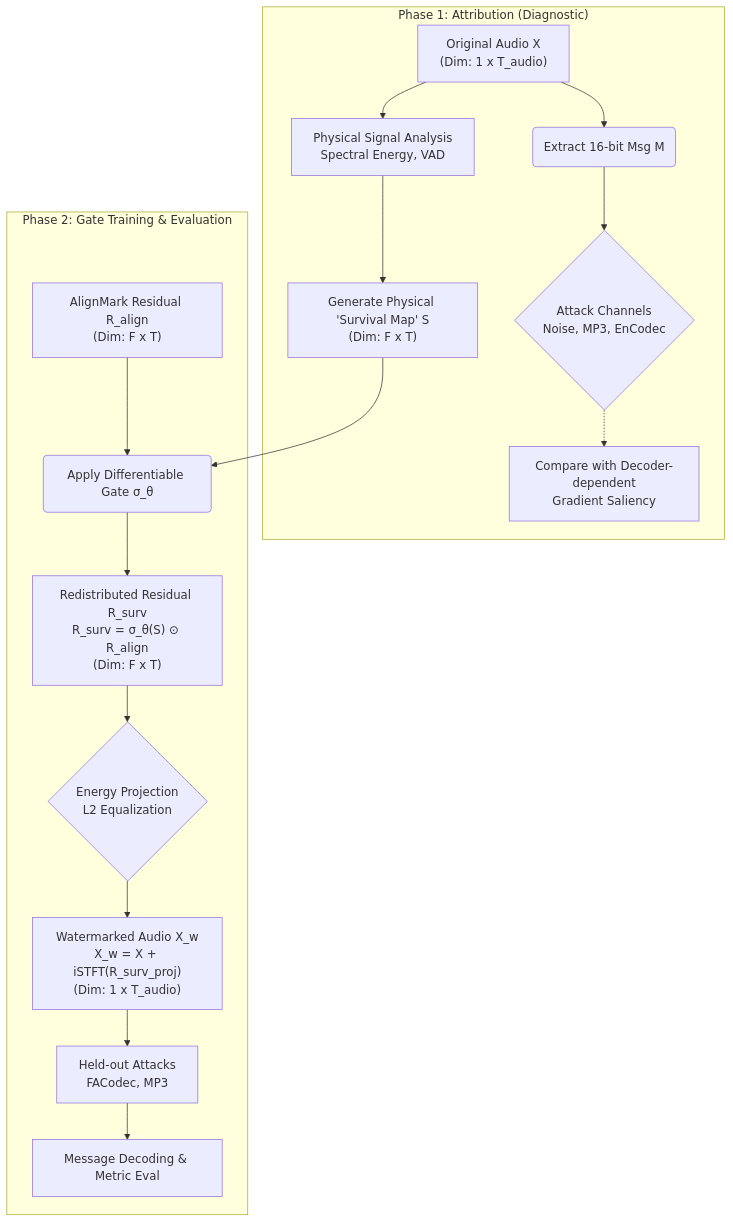
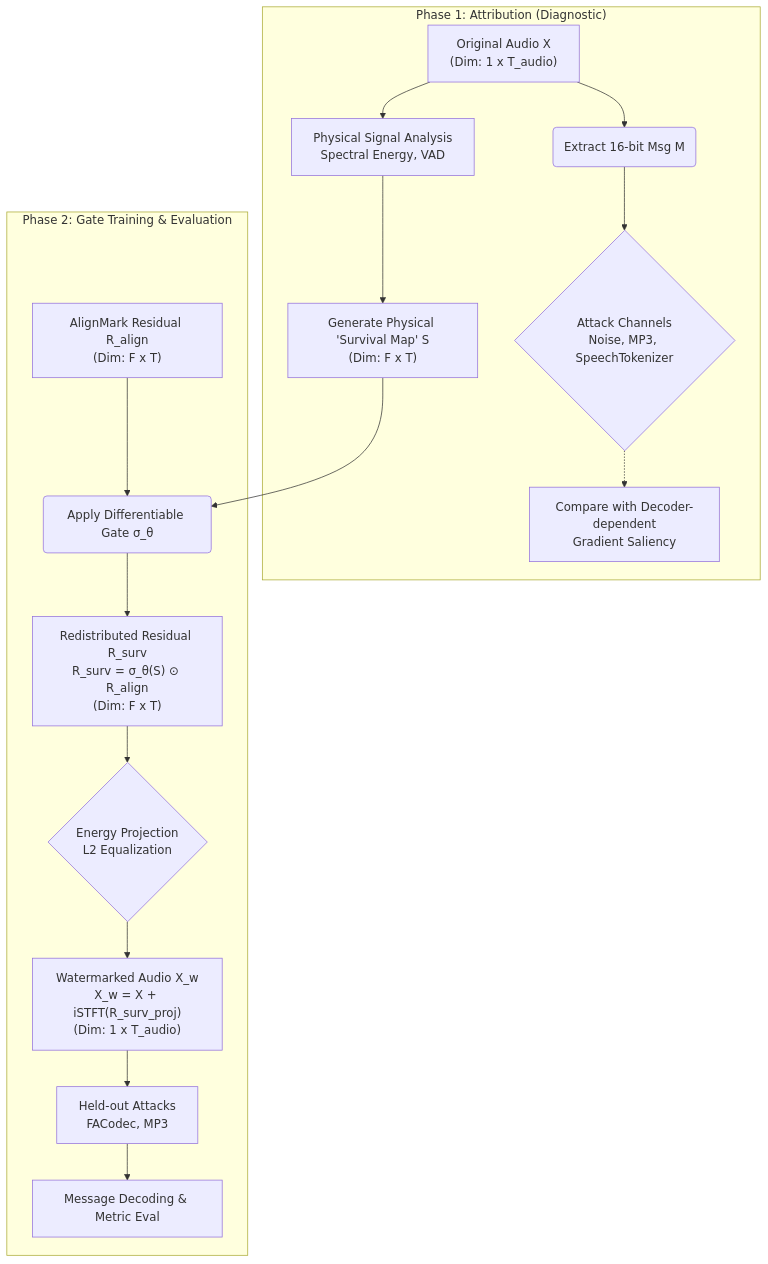
The diagram in SURVALIGN_P_RESEARCH_MASTER.md (ynrch1014/SurvAlign-P-revisedv1), drawn with Mermaid before and after one commit. The commit also changed other lines of this file and 11 other files, not shown here.

Commit message:
Refactor: Rename EnCodec to SpeechTokenizer proxy across codebase and add EnCodec to Held-out eval

````diff
--- a/SURVALIGN_P_RESEARCH_MASTER.md
+++ b/SURVALIGN_P_RESEARCH_MASTER.md
@@ -62,22 +62,22 @@
 ```mermaid
 graph TD
     subgraph Phase1 ["Phase 1: Attribution (Diagnostic)"]
         A1["Original Audio X<br>(Dim: 1 x T_audio)"] --> B1("Extract 16-bit Msg M")
-        B1 --> C1{"Attack Channels<br>Noise, MP3, EnCodec"}
+        B1 --> C1{"Attack Channels<br>Noise, MP3, SpeechTokenizer"}
         A1 --> D1["Physical Signal Analysis<br>Spectral Energy, VAD"]
         D1 --> E1["Generate Physical 'Survival Map' S<br>(Dim: F x T)"]
         C1 -.-> F1["Compare with Decoder-dependent<br>Gradient Saliency"]
     end
 
     subgraph Phase2 ["Phase 2: Gate Training & Evaluation"]
         F2["AlignMark Residual R_align<br>(Dim: F x T)"] --> G2("Apply Differentiable Gate σ_θ")
         E1 --> G2
         G2 --> H2["Redistributed Residual R_surv<br>R_surv = σ_θ(S) ⊙ R_align<br>(Dim: F x T)"]
         
         H2 --> I2{"Energy Projection<br>L2 Equalization"}
         I2 --> J2["Watermarked Audio X_w<br>X_w = X + iSTFT(R_surv_proj)<br>(Dim: 1 x T_audio)"]
         
         J2 --> K2["Held-out Attacks<br>FACodec, MP3"]
         K2 --> L2["Message Decoding & Metric Eval"]
     end
 ```
````
